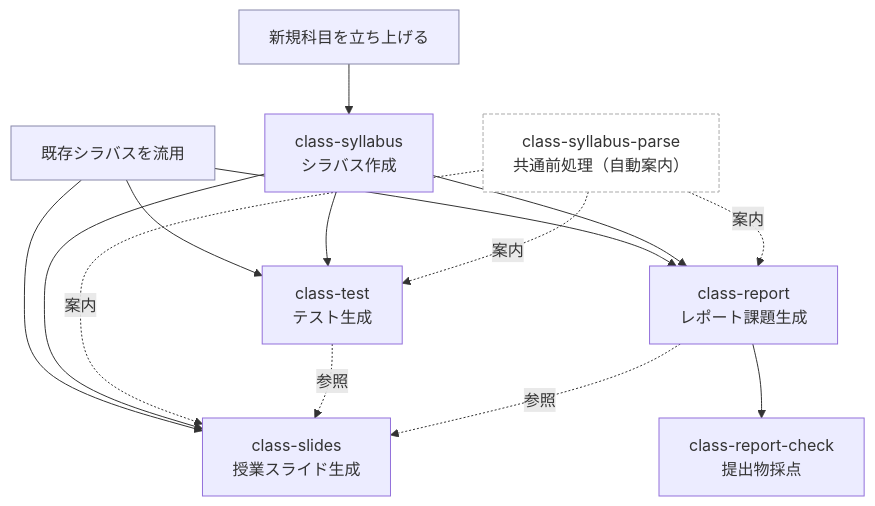
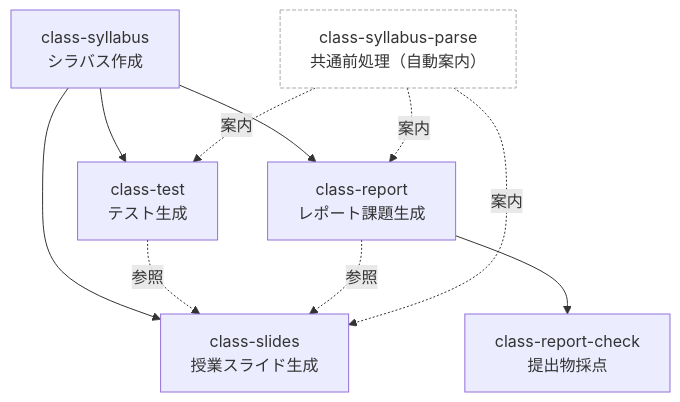
The diagram in README.md (atsuki-seo/NITYC-MCC-Tools), drawn with Mermaid before and after one commit. The commit also changed other lines of this file, not shown here.

Commit message:
READMEスキル関係図を簡素化
エントリーノード(A/B)を図から外しテキスト説明に移し、ノード数を
削減。新規/既存どちらの入口でも参照できる単一フロー図として整理。

````diff
--- a/README.md
+++ b/README.md
@@ -29,19 +34,15 @@
 ```mermaid
 flowchart TD
-    A[新規科目を立ち上げる]:::entry --> S[class-syllabus<br/>シラバス作成]
-    B[既存シラバスを流用]:::entry --> T
-    B --> R
-    B --> SL
-    S --> T[class-test<br/>テスト生成]
+    S[class-syllabus<br/>シラバス作成] --> T[class-test<br/>テスト生成]
     S --> R[class-report<br/>レポート課題生成]
     S --> SL[class-slides<br/>授業スライド生成]
     R --> RC[class-report-check<br/>提出物採点]
-    P[class-syllabus-parse<br/>共通前処理（自動案内）]:::aux -.案内.-> T
+    T -.参照.-> SL
+    R -.参照.-> SL
+    P[class-syllabus-parse<br/>共通前処理（自動案内）]:::aux
+    P -.案内.-> T
     P -.案内.-> R
     P -.案内.-> SL
-    T -.参照.-> SL
-    R -.参照.-> SL
 
-    classDef entry fill:#eef,stroke:#88a,stroke-width:1px;
     classDef aux fill:#fff,stroke:#aaa,stroke-dasharray:4 2;
 ```
````
